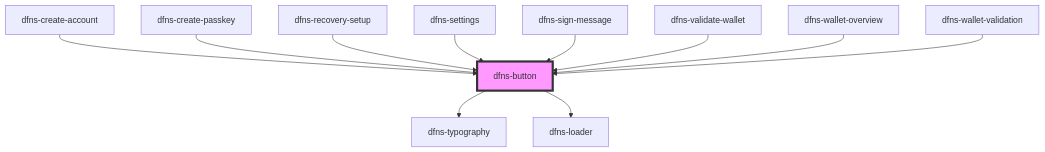
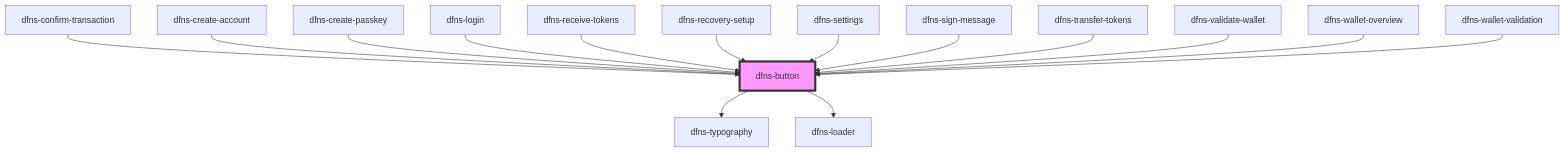
The diagram in src/components/Elements/Buttons/dfns-button/readme.md (dfnsext/web-ui), drawn with Mermaid before and after one commit. The commit also changed other lines of this file and 94 other files, not shown here.

````diff
--- a/src/components/Elements/Buttons/dfns-button/readme.md
+++ b/src/components/Elements/Buttons/dfns-button/readme.md
@@ -52,14 +56,18 @@
 ```mermaid
 graph TD;
   dfns-button --> dfns-typography
   dfns-button --> dfns-loader
+  dfns-confirm-transaction --> dfns-button
   dfns-create-account --> dfns-button
   dfns-create-passkey --> dfns-button
+  dfns-login --> dfns-button
+  dfns-receive-tokens --> dfns-button
   dfns-recovery-setup --> dfns-button
   dfns-settings --> dfns-button
   dfns-sign-message --> dfns-button
+  dfns-transfer-tokens --> dfns-button
   dfns-validate-wallet --> dfns-button
   dfns-wallet-overview --> dfns-button
   dfns-wallet-validation --> dfns-button
   style dfns-button fill:#f9f,stroke:#333,stroke-width:4px
 ```
````
